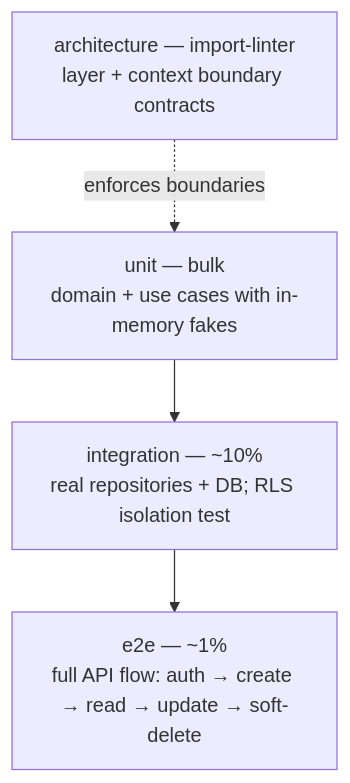
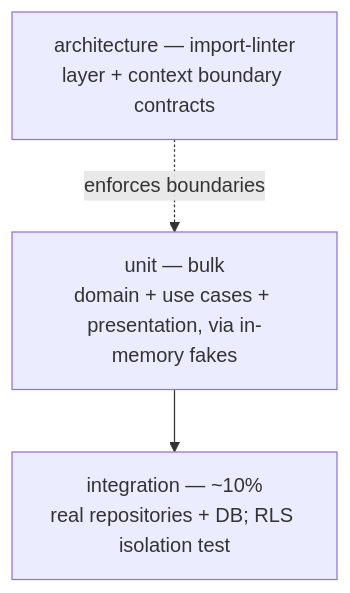
The diagram in docs/development/testing.md (cjgalvisc96/modular-monolithic-app), drawn with Mermaid before and after one commit. The commit also changed other lines of this file and 19 other files, not shown here.

````diff
--- a/docs/development/testing.md
+++ b/docs/development/testing.md
@@ -8,9 +8,8 @@
 ```mermaid
 flowchart TB
-    E2E["e2e — ~1%<br/>full API flow: auth → create → read → update → soft-delete"]
     INT["integration — ~10%<br/>real repositories + DB; RLS isolation test"]
-    UNIT["unit — bulk<br/>domain + use cases with in-memory fakes"]
+    UNIT["unit — bulk<br/>domain + use cases + presentation, via in-memory fakes"]
     ARCH["architecture — import-linter<br/>layer + context boundary contracts"]
-    UNIT --> INT --> E2E
+    UNIT --> INT
     ARCH -.enforces boundaries.-> UNIT
 ```
````
